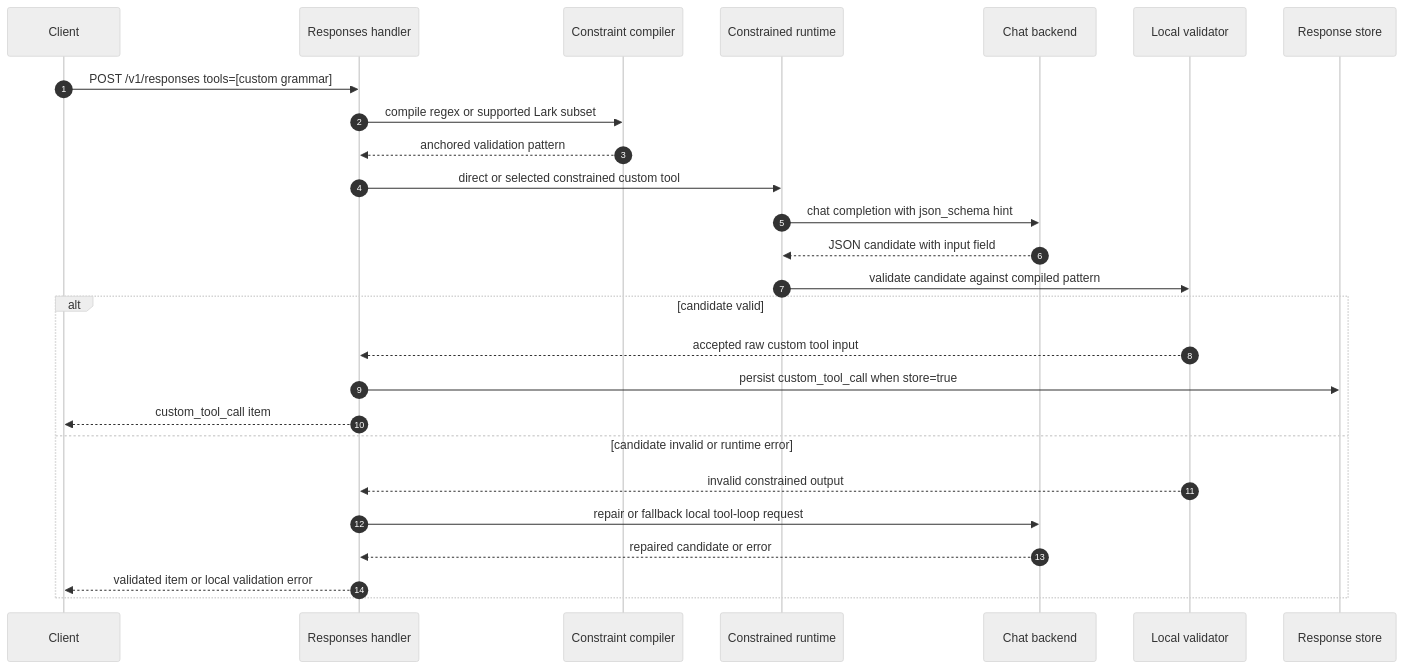
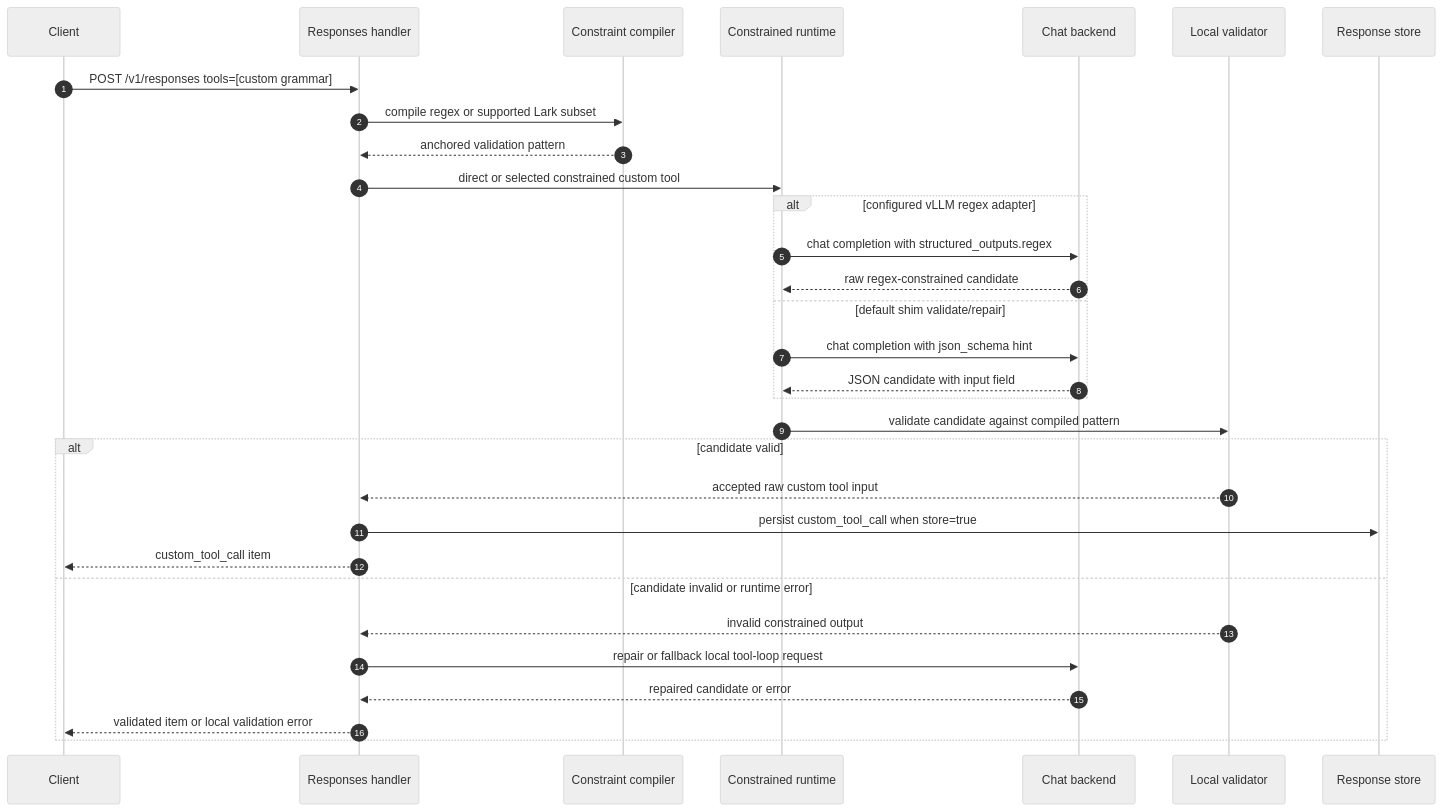
Diagram 11 of 25 in docs/engineering/openai-api-choreography-atlas.md (avelrl/llama_shim), drawn with Mermaid (neutral theme) before and after one commit. The commit also changed other lines of this file and 19 other files, not shown here.

Commit message:
vLLM regex adapter

````diff
--- a/docs/engineering/openai-api-choreography-atlas.md
+++ b/docs/engineering/openai-api-choreography-atlas.md
@@ -398,29 +398,34 @@
 ```mermaid
 sequenceDiagram
   autonumber
   participant C as Client
   participant R as Responses handler
   participant K as Constraint compiler
   participant CR as Constrained runtime
   participant M as Chat backend
   participant V as Local validator
   participant S as Response store
 
   C->>R: POST /v1/responses tools=[custom grammar]
   R->>K: compile regex or supported Lark subset
   K-->>R: anchored validation pattern
   R->>CR: direct or selected constrained custom tool
-  CR->>M: chat completion with json_schema hint
-  M-->>CR: JSON candidate with input field
+  alt configured vLLM regex adapter
+    CR->>M: chat completion with structured_outputs.regex
+    M-->>CR: raw regex-constrained candidate
+  else default shim validate/repair
+    CR->>M: chat completion with json_schema hint
+    M-->>CR: JSON candidate with input field
+  end
   CR->>V: validate candidate against compiled pattern
   alt candidate valid
     V-->>R: accepted raw custom tool input
     R->>S: persist custom_tool_call when store=true
     R-->>C: custom_tool_call item
   else candidate invalid or runtime error
     V-->>R: invalid constrained output
     R->>M: repair or fallback local tool-loop request
     M-->>R: repaired candidate or error
     R-->>C: validated item or local validation error
   end
 ```
````
